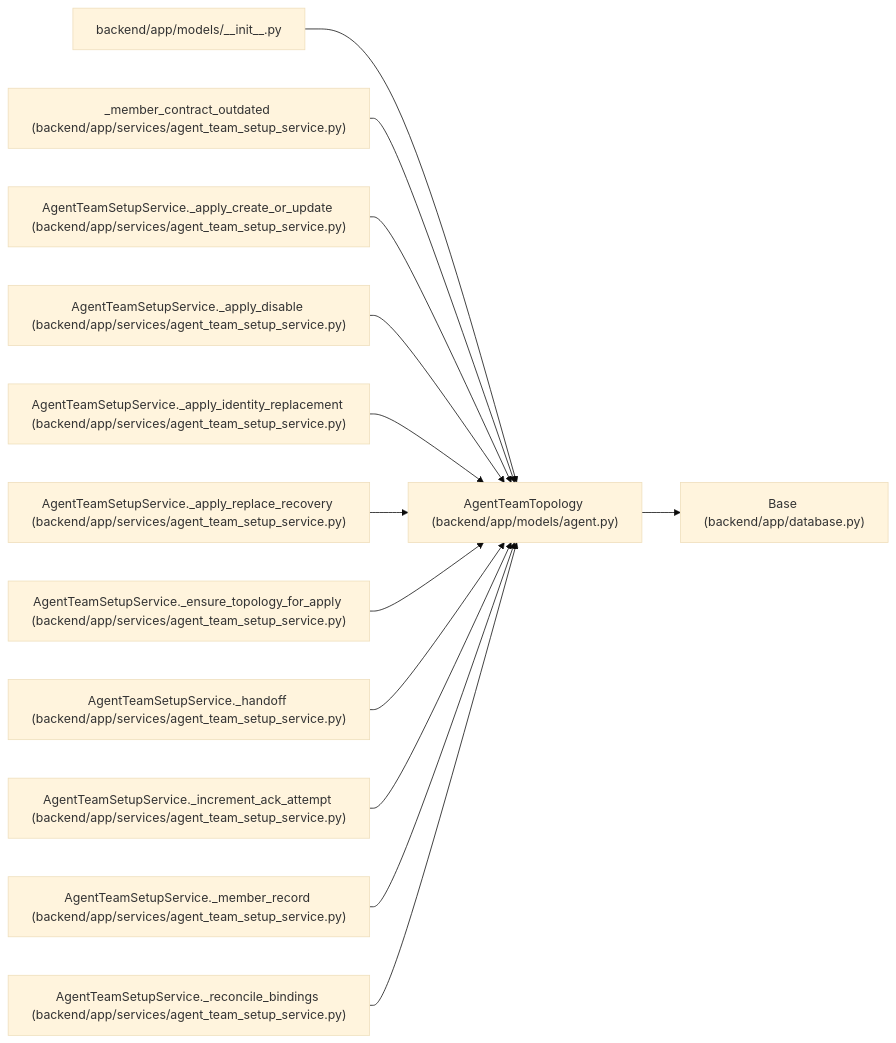
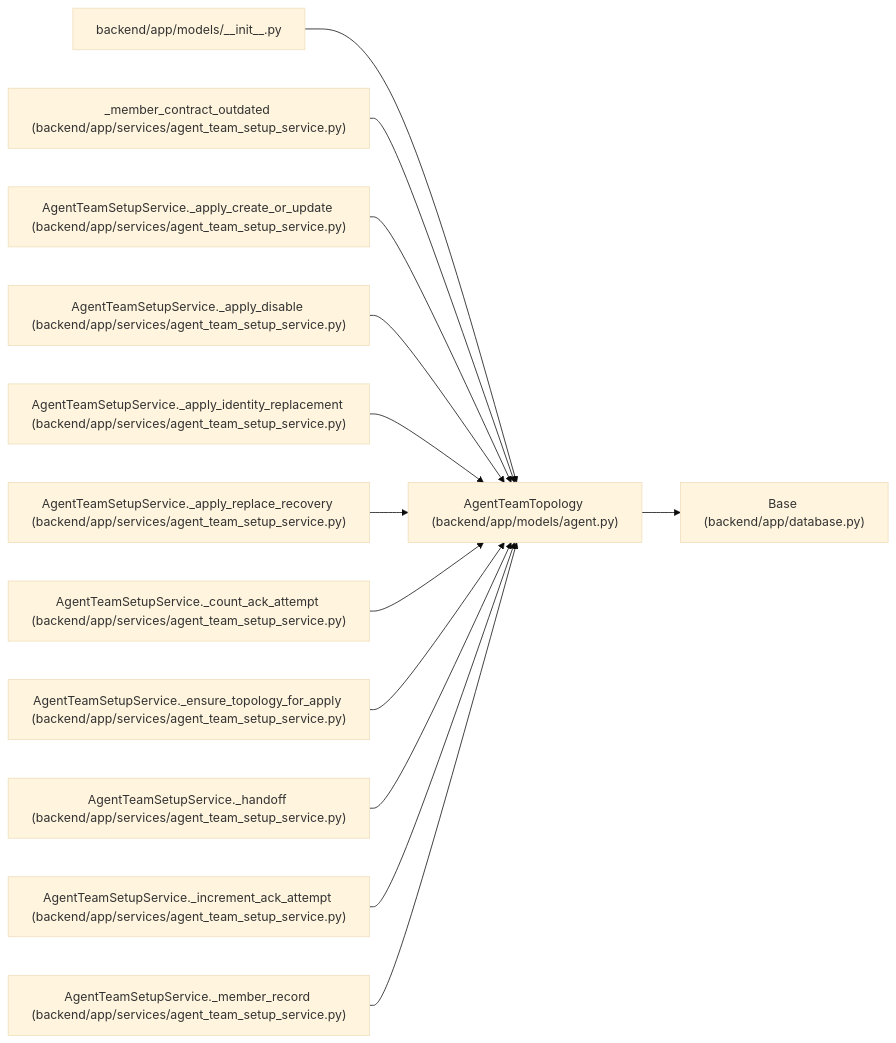
One commit to Denissvgn/WorkChord changed the diagram in docs/llm_wiki/entities/AgentTeamTopology.md. Above: the diagram before and after it, drawn with Mermaid (base theme). The commit also changed other lines of this file and 722 other files, not shown here.

Commit message:
Sync the architectural wiki for the onboarding runtime instance

````diff
--- a/docs/llm_wiki/entities/AgentTeamTopology.md
+++ b/docs/llm_wiki/entities/AgentTeamTopology.md
@@ -38,41 +38,41 @@
 ```mermaid
 flowchart LR
     n0["AgentTeamTopology (backend/app/models/agent.py)"]
     n1["Base (backend/app/database.py)"]
     n2["backend/app/models/__init__.py"]
     n3["_member_contract_outdated (backend/app/services/agent_team_setup_service.py)"]
     n4["AgentTeamSetupService._apply_create_or_update (backend/app/services/agent_team_setup_service.py)"]
     n5["AgentTeamSetupService._apply_disable (backend/app/services/agent_team_setup_service.py)"]
     n6["AgentTeamSetupService._apply_identity_replacement (backend/app/services/agent_team_setup_service.py)"]
     n7["AgentTeamSetupService._apply_replace_recovery (backend/app/services/agent_team_setup_service.py)"]
-    n8["AgentTeamSetupService._ensure_topology_for_apply (backend/app/services/agent_team_setup_service.py)"]
-    n9["AgentTeamSetupService._handoff (backend/app/services/agent_team_setup_service.py)"]
-    n10["AgentTeamSetupService._increment_ack_attempt (backend/app/services/agent_team_setup_service.py)"]
-    n11["AgentTeamSetupService._member_record (backend/app/services/agent_team_setup_service.py)"]
-    n12["AgentTeamSetupService._reconcile_bindings (backend/app/services/agent_team_setup_service.py)"]
+    n8["AgentTeamSetupService._count_ack_attempt (backend/app/services/agent_team_setup_service.py)"]
+    n9["AgentTeamSetupService._ensure_topology_for_apply (backend/app/services/agent_team_setup_service.py)"]
+    n10["AgentTeamSetupService._handoff (backend/app/services/agent_team_setup_service.py)"]
+    n11["AgentTeamSetupService._increment_ack_attempt (backend/app/services/agent_team_setup_service.py)"]
+    n12["AgentTeamSetupService._member_record (backend/app/services/agent_team_setup_service.py)"]
     n0 --> n1
     n2 --> n0
     n3 --> n0
     n4 --> n0
     n5 --> n0
     n6 --> n0
     n7 --> n0
     n8 --> n0
     n9 --> n0
     n10 --> n0
     n11 --> n0
     n12 --> n0
     click n0 "../modules/models_agent.md"
     click n1 "../modules/app_database.md"
     click n2 "../modules/models___init__.md"
     click n3 "../modules/agent_team_setup_service.md"
     click n4 "../modules/agent_team_setup_service.md"
     click n5 "../modules/agent_team_setup_service.md"
     click n6 "../modules/agent_team_setup_service.md"
     click n7 "../modules/agent_team_setup_service.md"
     click n8 "../modules/agent_team_setup_service.md"
     click n9 "../modules/agent_team_setup_service.md"
     click n10 "../modules/agent_team_setup_service.md"
     click n11 "../modules/agent_team_setup_service.md"
     click n12 "../modules/agent_team_setup_service.md"
 ```
````
